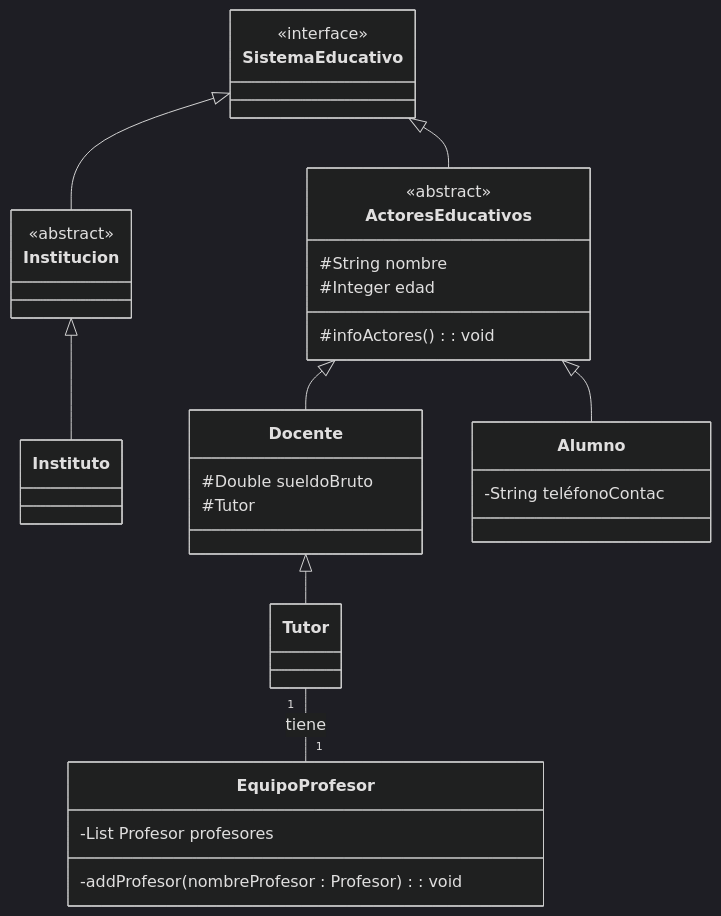
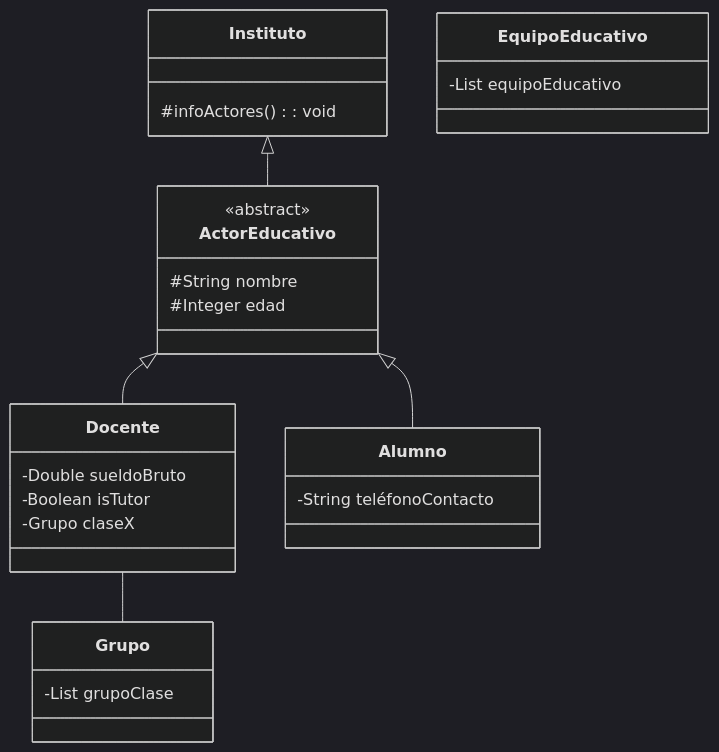
Before and after one commit to savamidev/MiguelSanchez-1DAW: the diagram in EEDD/Ejercicio UML/Ejercicio1.md, drawn with Mermaid (dark theme). The commit also changed 6 other files, not shown here.

````diff
--- a/EEDD/Ejercicio UML/Ejercicio1.md
+++ b/EEDD/Ejercicio UML/Ejercicio1.md
@@ -1,54 +1,43 @@
 ```mermaid
     classDiagram
-    class SistemaEducativo {
-        <<interface>>
-        
-    }
+   
 
-    class Institucion {
-        <<abstract>>
-        
+
+    class Instituto {
+    #infoActores() : void
     }
     
-    class Instituto {
-  
-    }
 
-    class  ActoresEducativos{
+    class  ActorEducativo{
         <<abstract>>
         #String nombre
         #Integer edad
-        #infoActores() : void
     }
 
     class  Docente{
-       #Double sueldoBruto
-       #Tutor 
+       -Double sueldoBruto
+       -Boolean isTutor
+       -Grupo claseX
     }
 
-    
-    class  Tutor{
-    
+    class Grupo {
+        -List<Alumno> grupoClase
     }
 
-    
-    class  EquipoProfesor{
-    -List Profesor profesores
-    -addProfesor(nombreProfesor : Profesor) : void
+    class EquipoEducativo {
+        -List<Docente> equipoEducativo
     }
-
     
     class  Alumno{
-        -String teléfonoContac
+        -String teléfonoContacto
     }
 
 
-    SistemaEducativo <|-- Institucion
-    SistemaEducativo <|-- ActoresEducativos
-    Institucion <|-- Instituto
-    ActoresEducativos <|-- Docente
-    ActoresEducativos <|-- Alumno
-    Docente <|-- Tutor
-    Tutor "1" -- "1" EquipoProfesor : tiene
-    
+    Instituto <|-- ActorEducativo
+    ActorEducativo <|-- Docente
+    ActorEducativo <|-- Alumno
+    Docente -- Grupo
+
+    %% Mirar las realaciones entre docente y tutor, tutor es una entidad que hereda de docente, estableciendo
+    %% una relación con docente N M lo que crea una tabla intermedia que es el equipodocente
 ```
````
